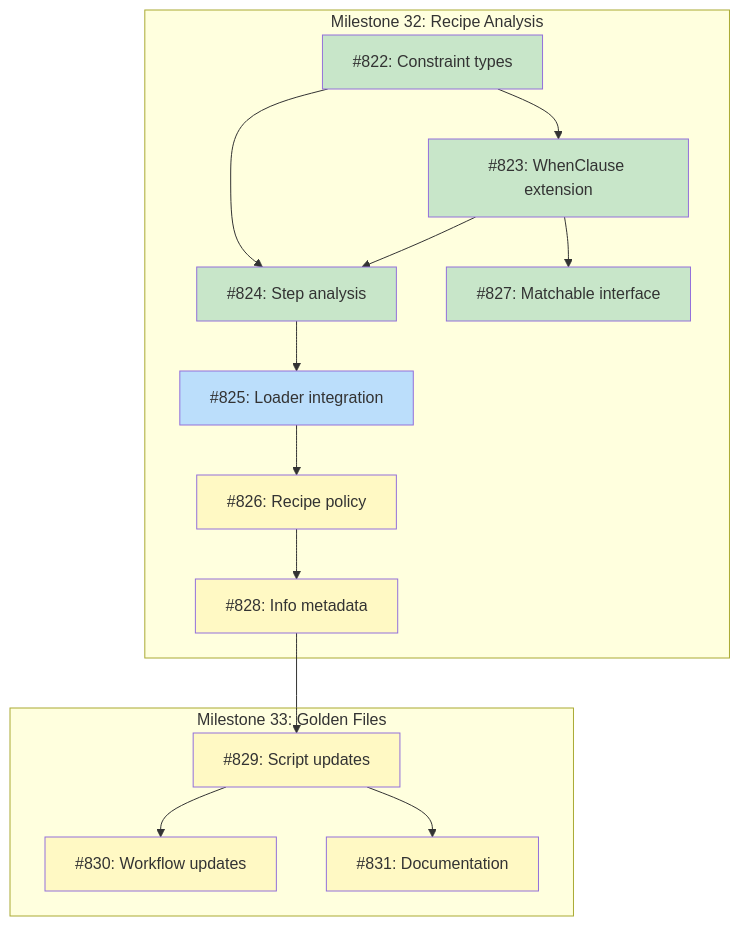
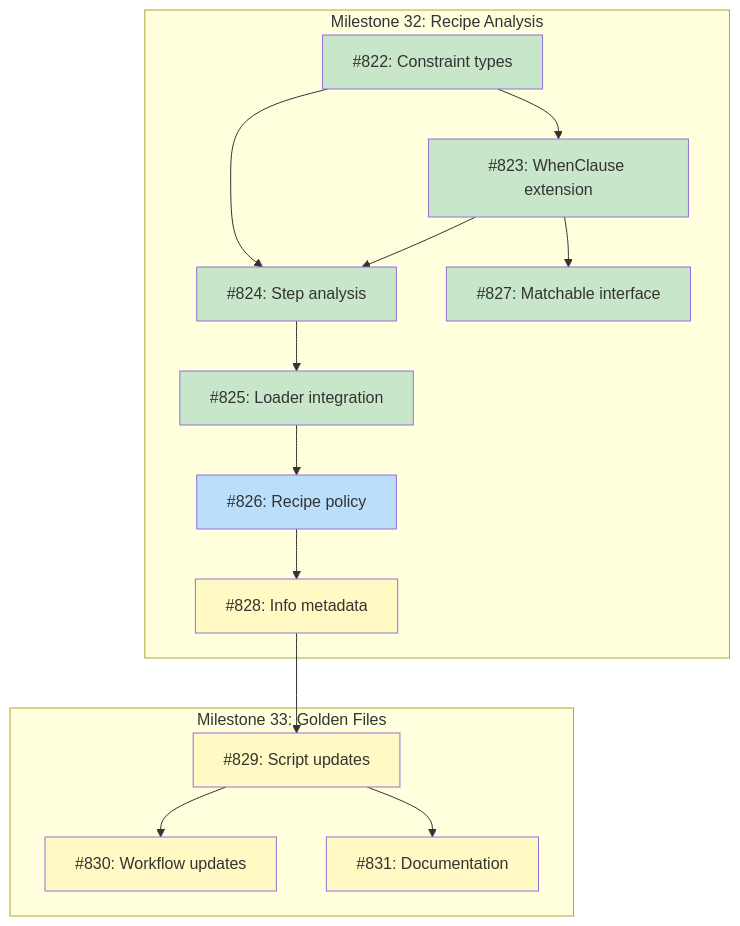
One commit to tsukumogami/tsuku changed the diagram in docs/DESIGN-golden-family-support.md. Above: the diagram before and after it, drawn with Mermaid. The commit also changed 4 other files, not shown here.

````diff
--- a/docs/DESIGN-golden-family-support.md
+++ b/docs/DESIGN-golden-family-support.md
@@ -31,38 +31,38 @@
 ```mermaid
 graph TD
     subgraph M32["Milestone 32: Recipe Analysis"]
         I822["#822: Constraint types"]
         I823["#823: WhenClause extension"]
         I824["#824: Step analysis"]
         I825["#825: Loader integration"]
         I826["#826: Recipe policy"]
         I827["#827: Matchable interface"]
         I828["#828: Info metadata"]
     end
 
     subgraph M33["Milestone 33: Golden Files"]
         I829["#829: Script updates"]
         I830["#830: Workflow updates"]
         I831["#831: Documentation"]
     end
 
     I822 --> I823
     I822 --> I824
     I823 --> I824
     I823 --> I827
     I824 --> I825
     I825 --> I826
     I826 --> I828
     I828 --> I829
     I829 --> I830
     I829 --> I831
 
     classDef done fill:#c8e6c9
     classDef ready fill:#bbdefb
     classDef blocked fill:#fff9c4
     classDef needsDesign fill:#e1bee7
 
-    class I822,I823,I824,I827 done
-    class I825 ready
-    class I826,I828,I829,I830,I831 blocked
+    class I822,I823,I824,I825,I827 done
+    class I826 ready
+    class I828,I829,I830,I831 blocked
 ```
````
